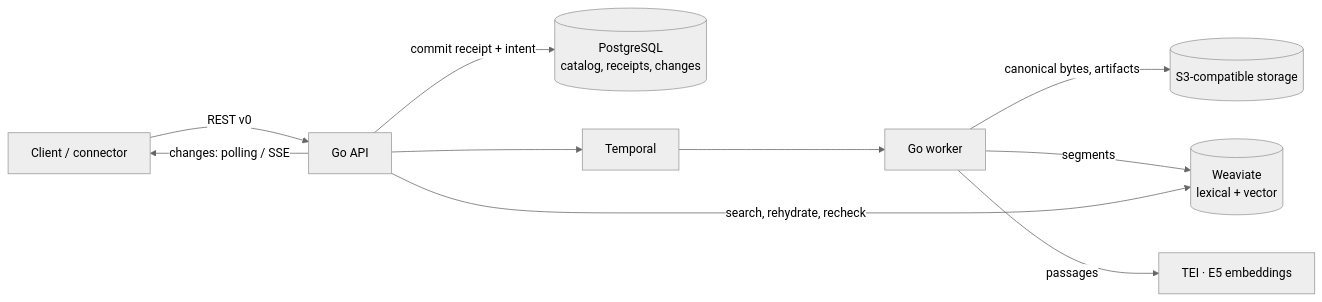
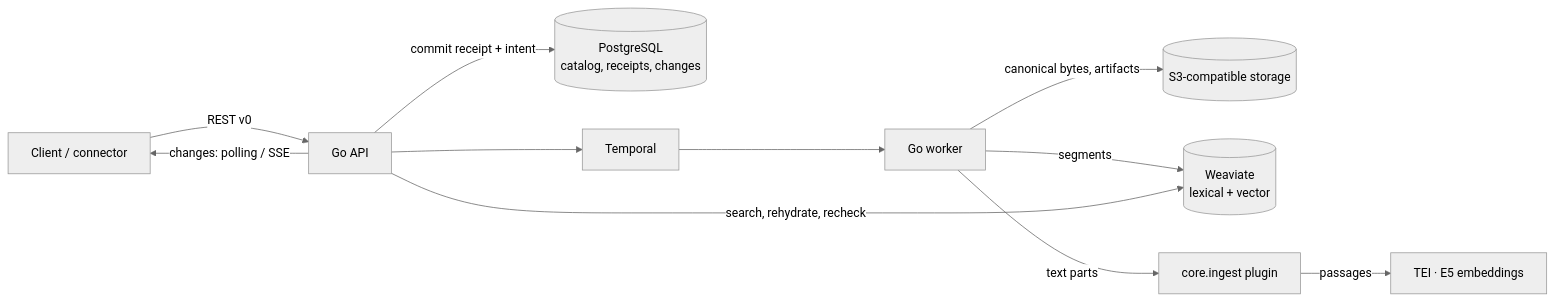
One commit to The-Vibe-Company/quivr changed the diagram in README.md. Above: the diagram before and after it, drawn with Mermaid (neutral theme). The commit also changed other lines of this file and 99 other files, not shown here.

First line of the commit message:
feat(ingestion): move today's text ingestion into the core-ingest plugin (#144)

````diff
--- a/README.md
+++ b/README.md
@@ -33,12 +33,13 @@
 ```mermaid
 flowchart LR
     client[Client / connector] -->|REST v0| api[Go API]
     api -->|commit receipt + intent| pg[(PostgreSQL<br/>catalog, receipts, changes)]
     api --> temporal[Temporal]
     temporal --> worker[Go worker]
     worker -->|canonical bytes, artifacts| s3[(S3-compatible storage)]
     worker -->|segments| weaviate[(Weaviate<br/>lexical + vector)]
-    worker -->|passages| tei[TEI · E5 embeddings]
+    worker -->|text parts| ingest[core.ingest plugin]
+    ingest -->|passages| tei[TEI · E5 embeddings]
     api -->|search, rehydrate, recheck| weaviate
     api -->|changes: polling / SSE| client
 ```
````
